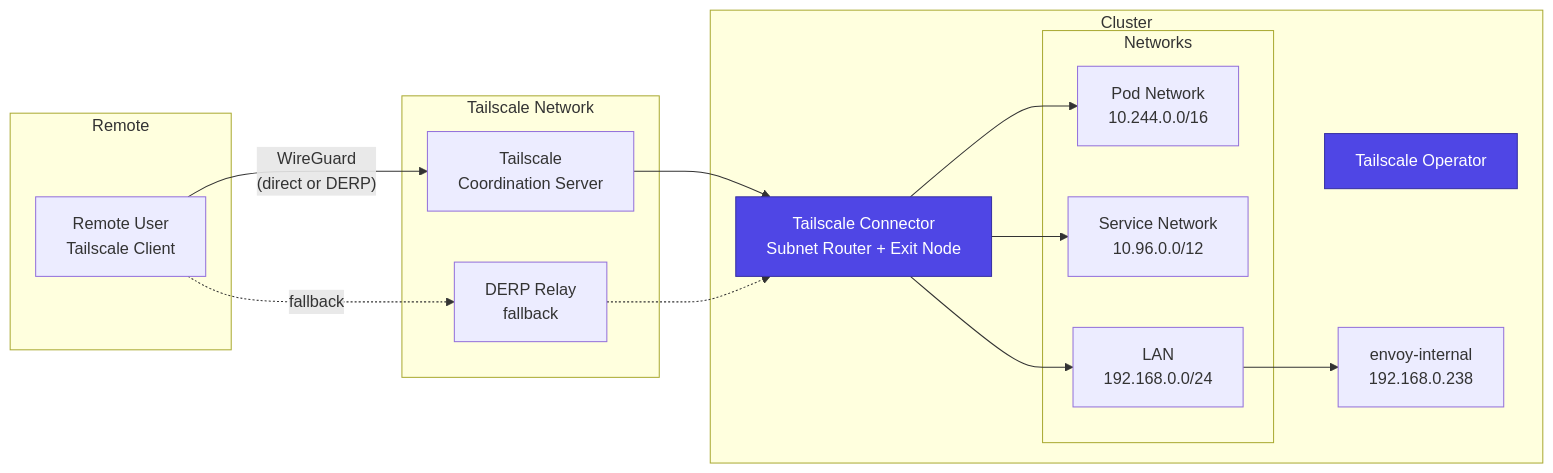
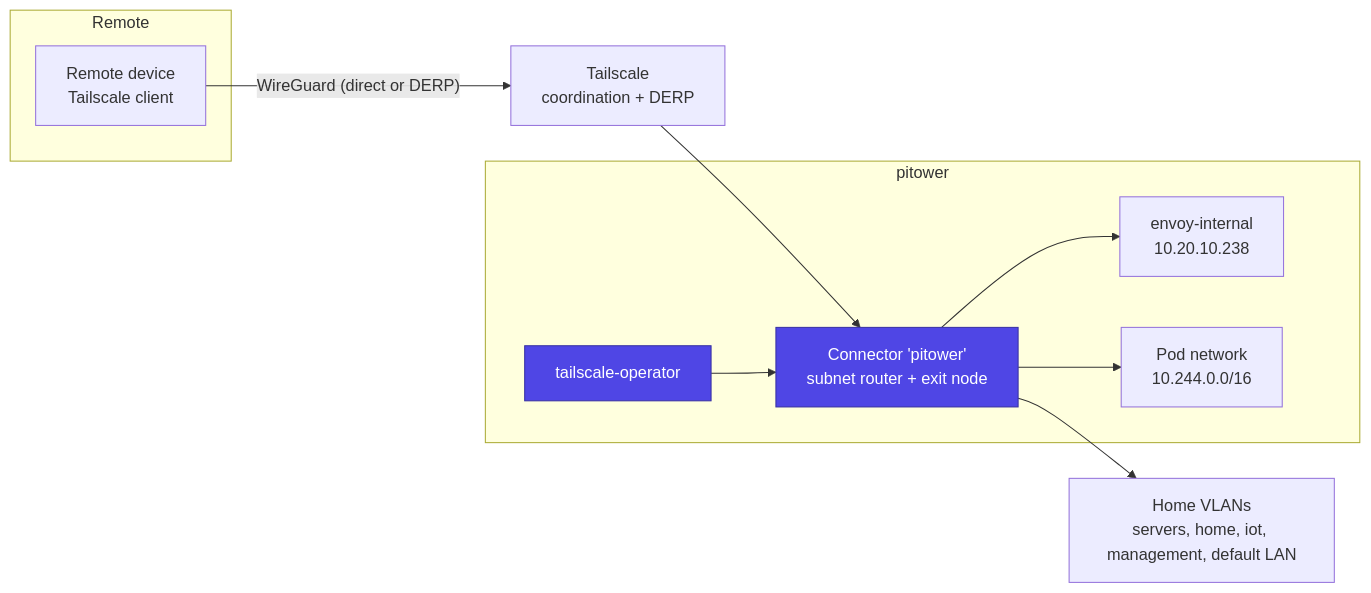
The diagram in docs/networking/tailscale.md (swibrow/home-ops), drawn with Mermaid before and after one commit. The commit also changed other lines of this file and 105 other files, not shown here.

````diff
--- a/docs/networking/tailscale.md
+++ b/docs/networking/tailscale.md
@@ -11,37 +13,26 @@
 ```mermaid
 flowchart LR
     subgraph Remote
-        User[Remote User<br/>Tailscale Client]
+        User[Remote device<br/>Tailscale client]
     end
 
-    subgraph Tailscale Network
-        Coord[Tailscale<br/>Coordination Server]
-        DERP[DERP Relay<br/>fallback]
+    Coord[Tailscale<br/>coordination + DERP]
+
+    subgraph Cluster["pitower"]
+        TSO[tailscale-operator]
+        TSC[Connector 'pitower'<br/>subnet router + exit node]
+        EI[envoy-internal<br/>10.20.10.238]
+        Pods[Pod network<br/>10.244.0.0/16]
     end
 
-    subgraph Cluster["Cluster"]
-        TSO[Tailscale Operator]
-        TSC[Tailscale Connector<br/>Subnet Router + Exit Node]
+    LAN[Home VLANs<br/>servers, home, iot, management, default LAN]
 
-        subgraph Networks
-            PodNet["Pod Network<br/>10.244.0.0/16"]
-            SvcNet["Service Network<br/>10.96.0.0/12"]
-            LAN["LAN<br/>192.168.0.0/24"]
-        end
-
-        EI[envoy-internal<br/>192.168.0.238]
-    end
-
-    User -->|"WireGuard<br/>(direct or DERP)"| Coord
-    Coord --> TSC
-    User -.->|"fallback"| DERP
-    DERP -.-> TSC
-
-    TSC --> PodNet
-    TSC --> SvcNet
+    User -->|"WireGuard (direct or DERP)"| Coord --> TSC
+    TSO --> TSC
+    TSC --> Pods
     TSC --> LAN
-    LAN --> EI
+    TSC --> EI
 
     classDef ts fill:#4f46e5,stroke:#3730a3,color:#fff
     class TSO,TSC ts
 ```
````
